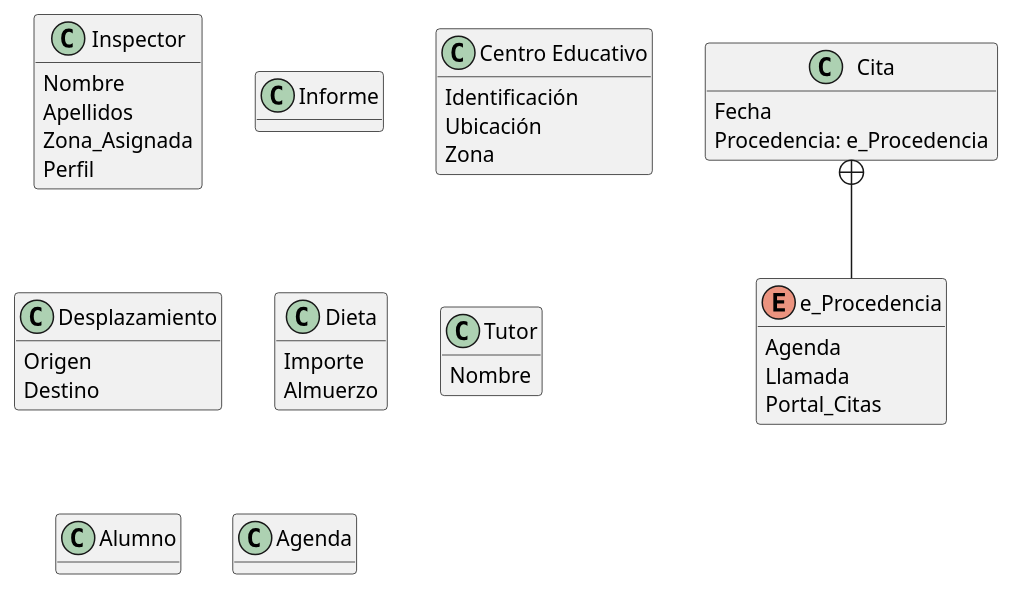
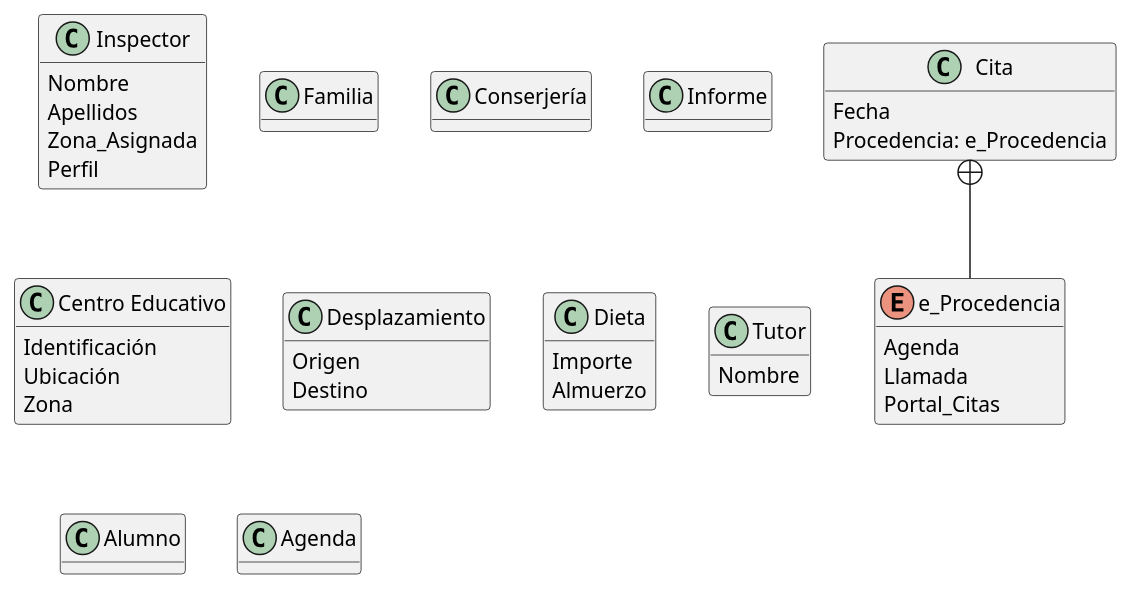
The diagram in docs/modelado_conceptual.puml (lorenzomaranon/ProyectoBD_Inspeccion_Educativa), drawn with PlantUML before and after one commit.

Commit message:
Añadidas Clases Conserjería y Familia

```diff
--- a/docs/modelado_conceptual.puml
+++ b/docs/modelado_conceptual.puml
@@ -1,57 +1,66 @@
 @startuml
 hide methods
 skinparam ClassAttributeIconSize 0
 
 class Inspector{
     Nombre
     Apellidos
     Zona_Asignada
     Perfil
+}
+
+class Familia{
+
+}
+
+class Conserjería {
+
+
 }
 
 class Informe {
     
 }
 
 class "Centro Educativo" as CentroEducativo{
     Identificación
     Ubicación
     Zona
 }
 
 class Desplazamiento{
     Origen
     Destino
 }
 
 class Dieta{
     Importe
     Almuerzo
 }
 
 class Cita{
     Fecha
     Procedencia: e_Procedencia
 }
 
 enum e_Procedencia {
     Agenda
     Llamada
     Portal_Citas
 }
 
 Cita +-- e_Procedencia
 
 class Tutor{
     Nombre
 }
 
 class Alumno{
 
 }
 
 class Agenda{
     
 }
 
 @enduml
```
